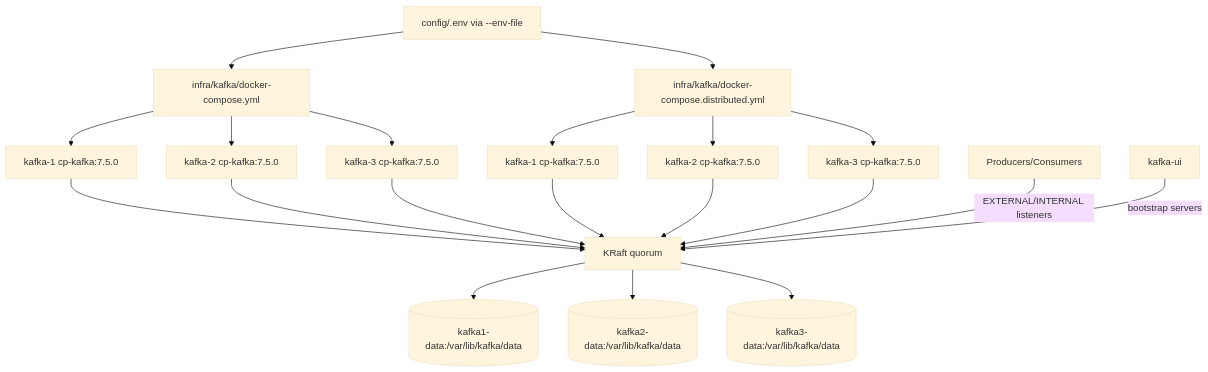
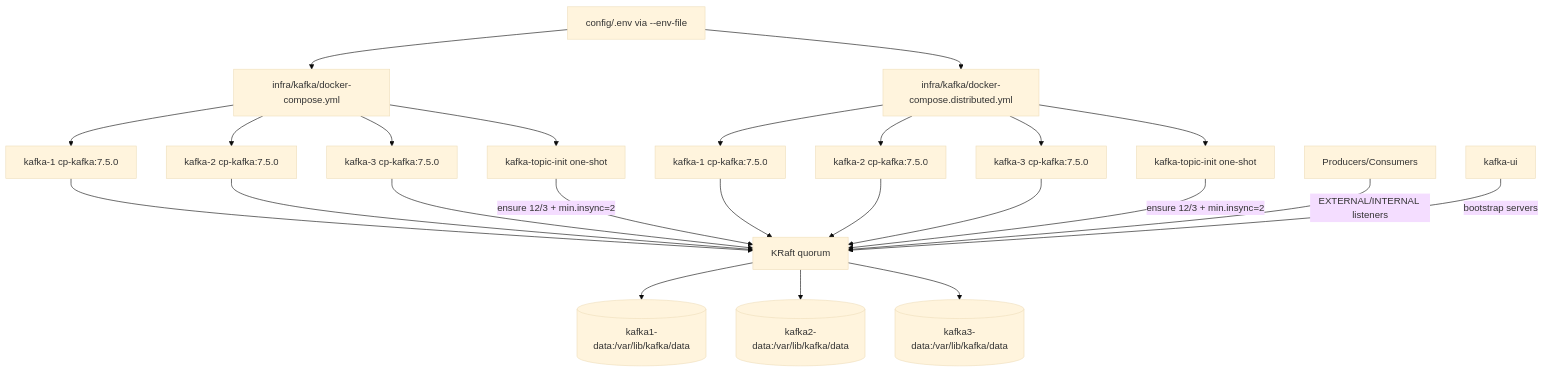
One commit to YBIGTA/27th-DE-WinterProject changed the diagram in infra/kafka/EXPLANATION.md. Above: the diagram before and after it, drawn with Mermaid (base theme). The commit also changed other lines of this file and 40 other files, not shown here.

````diff
--- a/infra/kafka/EXPLANATION.md
+++ b/infra/kafka/EXPLANATION.md
@@ -27,27 +28,32 @@
 ```mermaid
 flowchart TD
     E[config/.env via --env-file] --> C1[infra/kafka/docker-compose.yml]
     E --> C2[infra/kafka/docker-compose.distributed.yml]
 
     C1 --> B1[kafka-1 cp-kafka:7.5.0]
     C1 --> B2[kafka-2 cp-kafka:7.5.0]
     C1 --> B3[kafka-3 cp-kafka:7.5.0]
+    C1 --> T1[kafka-topic-init one-shot]
 
     C2 --> D1[kafka-1 cp-kafka:7.5.0]
     C2 --> D2[kafka-2 cp-kafka:7.5.0]
     C2 --> D3[kafka-3 cp-kafka:7.5.0]
+    C2 --> T2[kafka-topic-init one-shot]
 
     B1 --> Q[KRaft quorum]
     B2 --> Q
     B3 --> Q
     D1 --> Q
     D2 --> Q
     D3 --> Q
 
     P[Producers/Consumers] -->|EXTERNAL/INTERNAL listeners| Q
     Q --> V1[(kafka1-data:/var/lib/kafka/data)]
     Q --> V2[(kafka2-data:/var/lib/kafka/data)]
     Q --> V3[(kafka3-data:/var/lib/kafka/data)]
 
+    T1 -->|ensure 12/3 + min.insync=2| Q
+    T2 -->|ensure 12/3 + min.insync=2| Q
+
     U[kafka-ui] -->|bootstrap servers| Q
 ```
````
